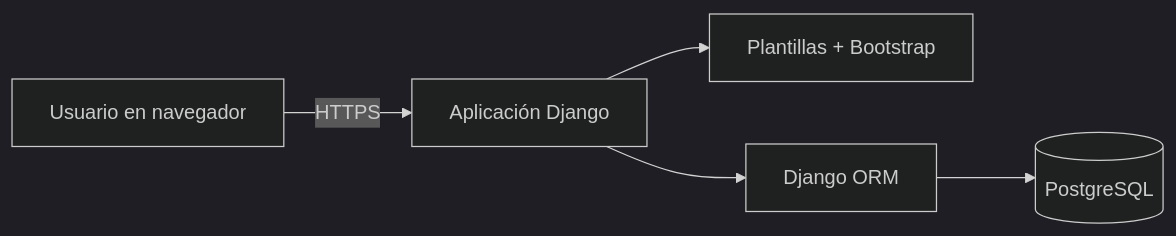
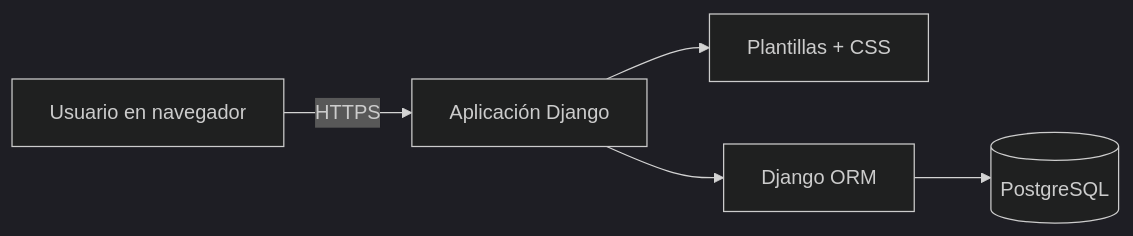
Before and after one commit to WreckerSg/CleanIt: the first of 2 diagrams in README.md, drawn with Mermaid (dark theme). The commit also changed other lines of this file and 48 other files, not shown here.

````diff
--- a/README.md
+++ b/README.md
@@ -52,7 +52,7 @@
 ```mermaid
 flowchart LR
     U["Usuario en navegador"] -->|HTTPS| D["Aplicación Django"]
-    D --> T["Plantillas + Bootstrap"]
+    D --> T["Plantillas + CSS"]
     D --> O["Django ORM"]
     O --> P[(PostgreSQL)]
 ```
````
